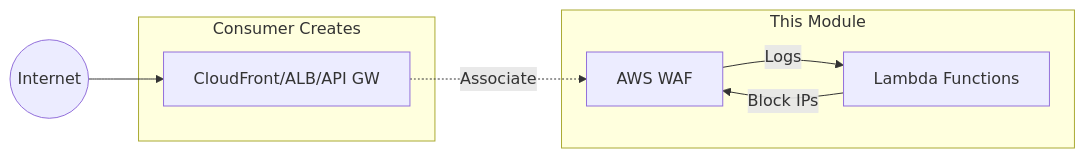
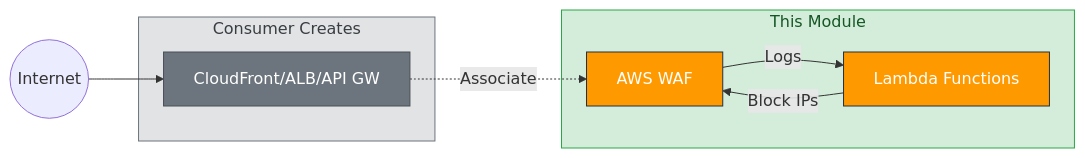
The first of 3 diagrams in README.md (datastreamapp/terraform-waf-module), drawn with Mermaid before and after one commit. The commit also changed other lines of this file and 2 other files, not shown here.

Commit message:
feat(diagrams): add color to diagrams, add testing.md file

````diff
--- a/README.md
+++ b/README.md
@@ -14,14 +14,21 @@
 ```mermaid
 flowchart LR
     subgraph Module["This Module"]
         WAF[AWS WAF]
         Lambda[Lambda Functions]
     end
     subgraph External["Consumer Creates"]
         Protected[CloudFront/ALB/API GW]
     end
     Internet((Internet)) --> Protected
     Protected -.->|Associate| WAF
     WAF -->|Logs| Lambda
     Lambda -->|Block IPs| WAF
+
+    style Module fill:#d4edda,stroke:#28a745,color:#155724
+    style External fill:#e2e3e5,stroke:#6c757d,color:#383d41
+    classDef wafNode fill:#FF9900,stroke:#232F3E,color:white
+    classDef extNode fill:#6c757d,stroke:#495057,color:white
+    class WAF,Lambda wafNode
+    class Protected extNode
 ```
````
